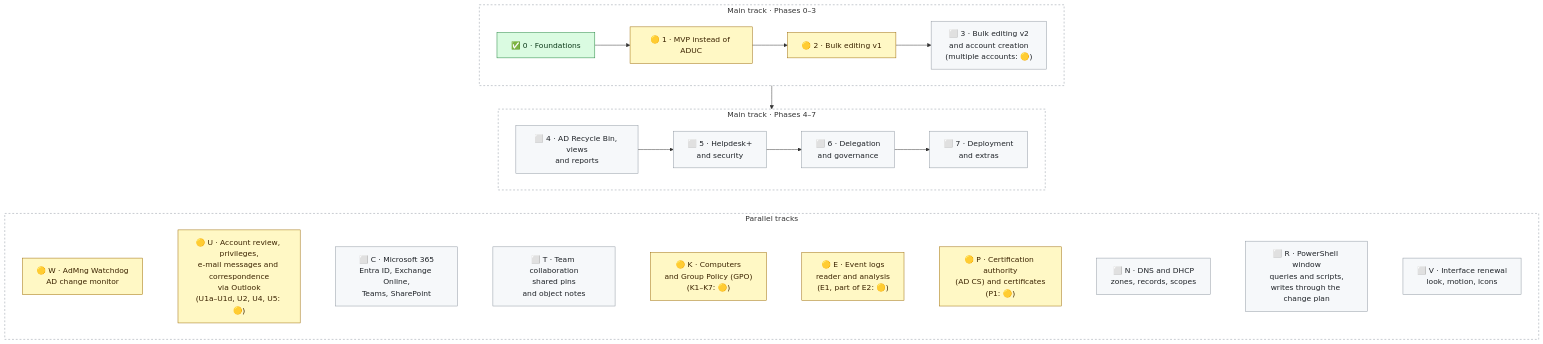
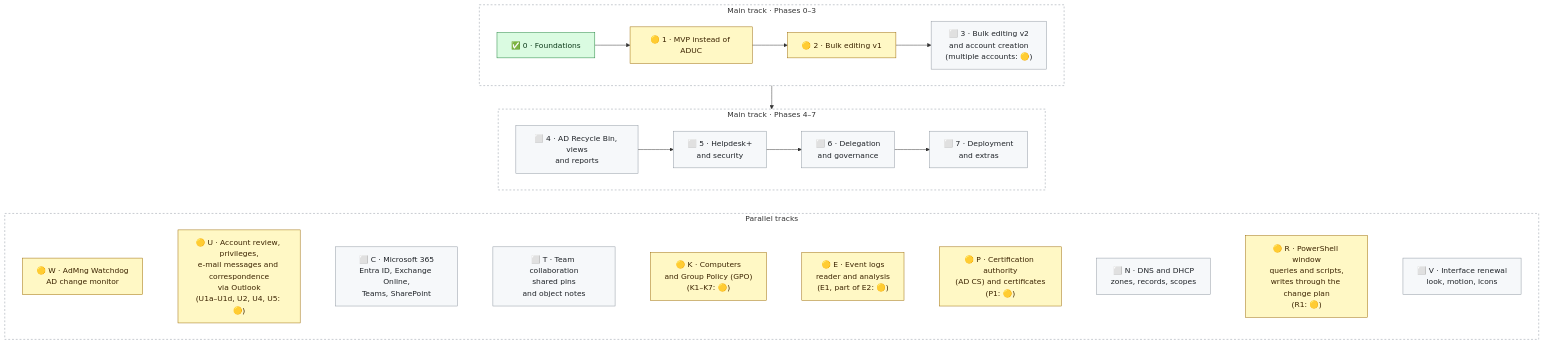
Before and after one commit to DarienRahl/AD_MNG: the second of 2 diagrams in README.md, drawn with Mermaid. The commit also changed other lines of this file and 14 other files, not shown here.

First line of the commit message:
R1: the operator's guide of the PowerShell window (Polish and English), the Track R status in the README pair, the roadmap and the goals, the guide path in the window's first lines

````diff
--- a/README.md
+++ b/README.md
@@ -356,26 +367,26 @@
 ```mermaid
 flowchart TB
     subgraph A["Main track · Phases 0–3"]
         direction LR
         F0["✅ 0 · Foundations"] --> F1["🟡 1 · MVP instead of ADUC"] --> F2["🟡 2 · Bulk editing v1"] --> F3["⬜ 3 · Bulk editing v2<br/>and account creation<br/>(multiple accounts: 🟡)"]
     end
     subgraph B["Main track · Phases 4–7"]
         direction LR
         F4["⬜ 4 · AD Recycle Bin, views<br/>and reports"] --> F5["⬜ 5 · Helpdesk+<br/>and security"] --> F6["⬜ 6 · Delegation<br/>and governance"] --> F7["⬜ 7 · Deployment<br/>and extras"]
     end
     subgraph C["Parallel tracks"]
         direction LR
-        W["🟡 W · AdMng Watchdog<br/>AD change monitor"] ~~~ U["🟡 U · Account review, privileges,<br/>e-mail messages and correspondence<br/>via Outlook<br/>(U1a–U1d, U2, U4, U5: 🟡)"] ~~~ M365["⬜ C · Microsoft 365<br/>Entra ID, Exchange Online,<br/>Teams, SharePoint"] ~~~ TEAM["⬜ T · Team collaboration<br/>shared pins<br/>and object notes"] ~~~ K["🟡 K · Computers<br/>and Group Policy (GPO)<br/>(K1–K7: 🟡)"] ~~~ EVT["🟡 E · Event logs<br/>reader and analysis<br/>(E1, part of E2: 🟡)"] ~~~ PKI["🟡 P · Certification authority<br/>(AD CS) and certificates<br/>(P1: 🟡)"] ~~~ NET["⬜ N · DNS and DHCP<br/>zones, records, scopes"] ~~~ PWSH["⬜ R · PowerShell window<br/>queries and scripts,<br/>writes through the change plan"] ~~~ UIX["⬜ V · Interface renewal<br/>look, motion, icons"]
+        W["🟡 W · AdMng Watchdog<br/>AD change monitor"] ~~~ U["🟡 U · Account review, privileges,<br/>e-mail messages and correspondence<br/>via Outlook<br/>(U1a–U1d, U2, U4, U5: 🟡)"] ~~~ M365["⬜ C · Microsoft 365<br/>Entra ID, Exchange Online,<br/>Teams, SharePoint"] ~~~ TEAM["⬜ T · Team collaboration<br/>shared pins<br/>and object notes"] ~~~ K["🟡 K · Computers<br/>and Group Policy (GPO)<br/>(K1–K7: 🟡)"] ~~~ EVT["🟡 E · Event logs<br/>reader and analysis<br/>(E1, part of E2: 🟡)"] ~~~ PKI["🟡 P · Certification authority<br/>(AD CS) and certificates<br/>(P1: 🟡)"] ~~~ NET["⬜ N · DNS and DHCP<br/>zones, records, scopes"] ~~~ PWSH["🟡 R · PowerShell window<br/>queries and scripts,<br/>writes through the change plan<br/>(R1: 🟡)"] ~~~ UIX["⬜ V · Interface renewal<br/>look, motion, icons"]
     end
     A --> B
     B ~~~ C
     classDef done fill:#dafbe1,stroke:#1a7f37,color:#0d3a1a
     classDef wip fill:#fff8c5,stroke:#9a6700,color:#3b2300
     classDef todo fill:#f6f8fa,stroke:#8c959f,color:#1f2328
     class F0 done
-    class F1,F2,W,U,K,EVT,PKI wip
-    class F3,F4,F5,F6,F7,M365,TEAM,NET,PWSH,UIX todo
+    class F1,F2,W,U,K,EVT,PKI,PWSH wip
+    class F3,F4,F5,F6,F7,M365,TEAM,NET,UIX todo
     style A fill:transparent,stroke:#8c959f,stroke-dasharray:4 4
     style B fill:transparent,stroke:#8c959f,stroke-dasharray:4 4
     style C fill:transparent,stroke:#8c959f,stroke-dasharray:4 4
 ```
````
